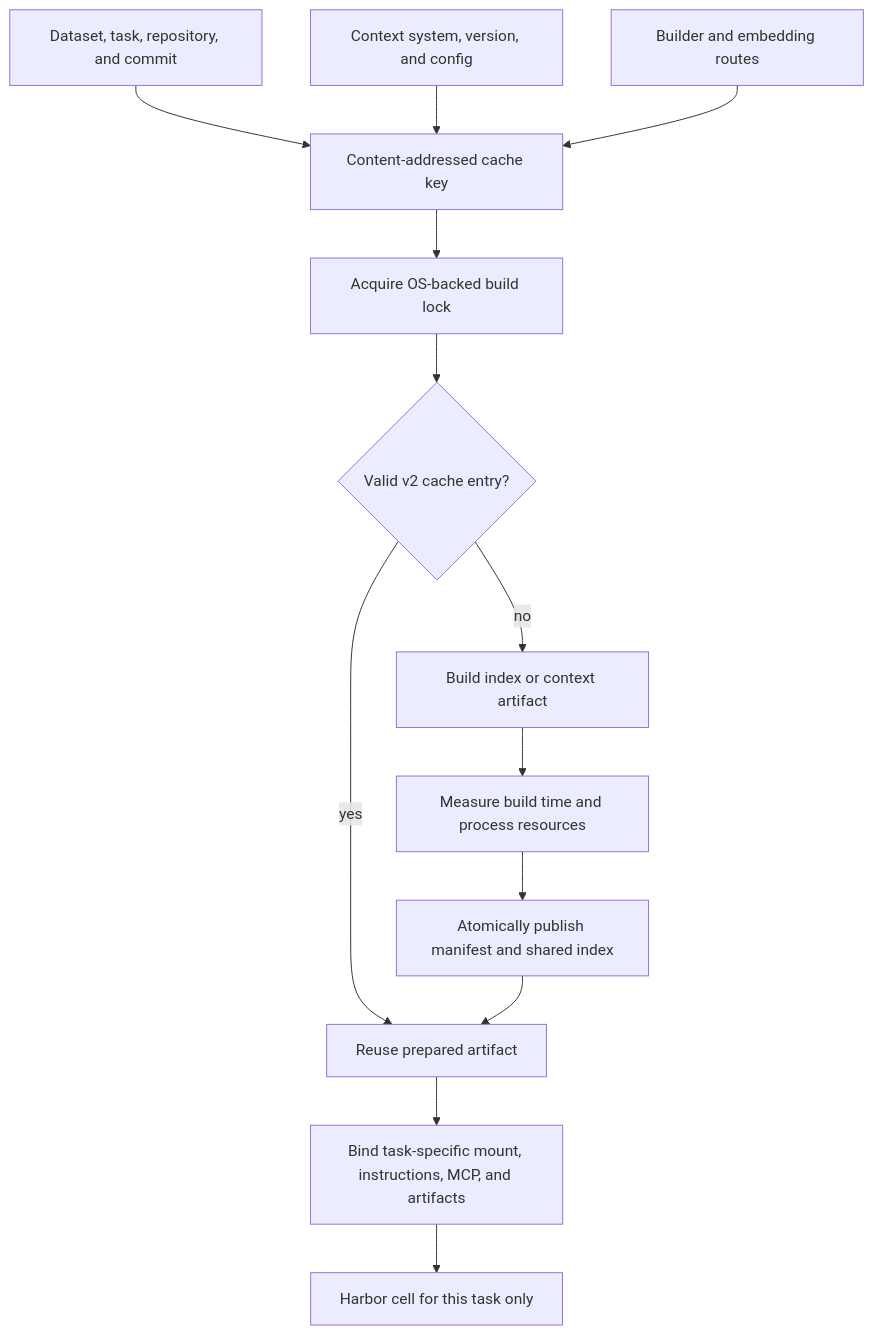
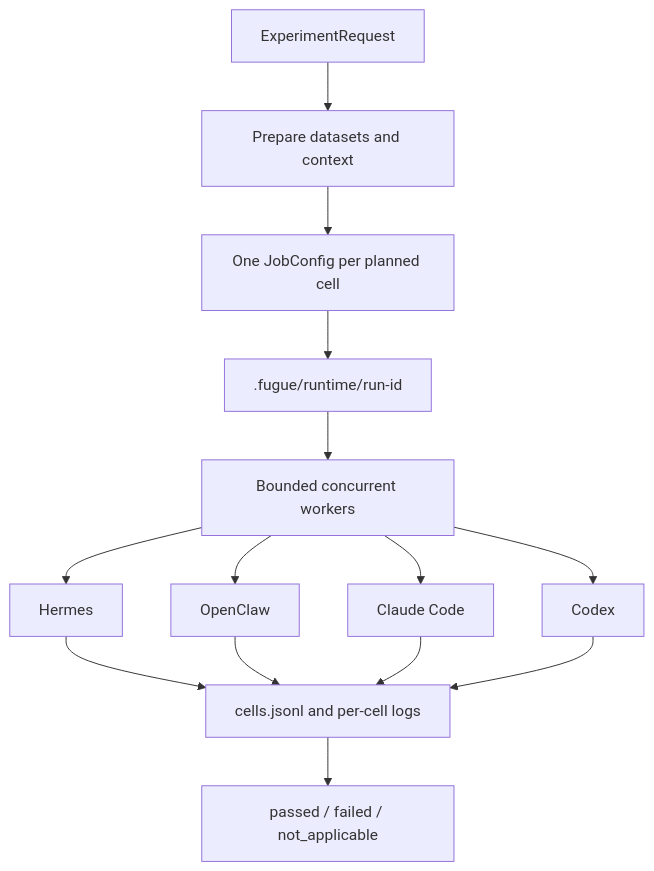
Before and after one commit to ash0ts/fugue: the fourth of 7 diagrams in README.md, drawn with Mermaid. The commit also changed other lines of this file and 38 other files, not shown here.

````diff
--- a/README.md
+++ b/README.md
@@ -323,15 +200,16 @@
 ```mermaid
-flowchart TB
-    INPUT["Dataset, task, repository, and commit"] --> KEY["Content-addressed cache key"]
-    SYSTEM["Context system, version, and config"] --> KEY
-    MODELS["Builder and embedding routes"] --> KEY
-    KEY --> LOCK["Acquire OS-backed build lock"]
-    LOCK --> CHECK{"Valid v2 cache entry?"}
-    CHECK -->|"yes"| READY["Reuse prepared artifact"]
-    CHECK -->|"no"| BUILD["Build index or context artifact"]
-    BUILD --> SAMPLE["Measure build time and process resources"]
-    SAMPLE --> PUBLISH["Atomically publish manifest and shared index"]
-    PUBLISH --> READY
-    READY --> BIND["Bind task-specific mount, instructions, MCP, and artifacts"]
-    BIND --> JOB["Harbor cell for this task only"]
+flowchart TD
+    REQUEST["ExperimentRequest"] --> PREP["Prepare datasets and context"]
+    PREP --> CONFIG["One JobConfig per planned cell"]
+    CONFIG --> STATE[".fugue/runtime/run-id"]
+    STATE --> WORKERS["Bounded concurrent workers"]
+    WORKERS --> H1["Hermes"]
+    WORKERS --> H2["OpenClaw"]
+    WORKERS --> H3["Claude Code"]
+    WORKERS --> H4["Codex"]
+    H1 --> CELLS["cells.jsonl and per-cell logs"]
+    H2 --> CELLS
+    H3 --> CELLS
+    H4 --> CELLS
+    CELLS --> FINAL["passed / failed / not_applicable"]
 ```
````
